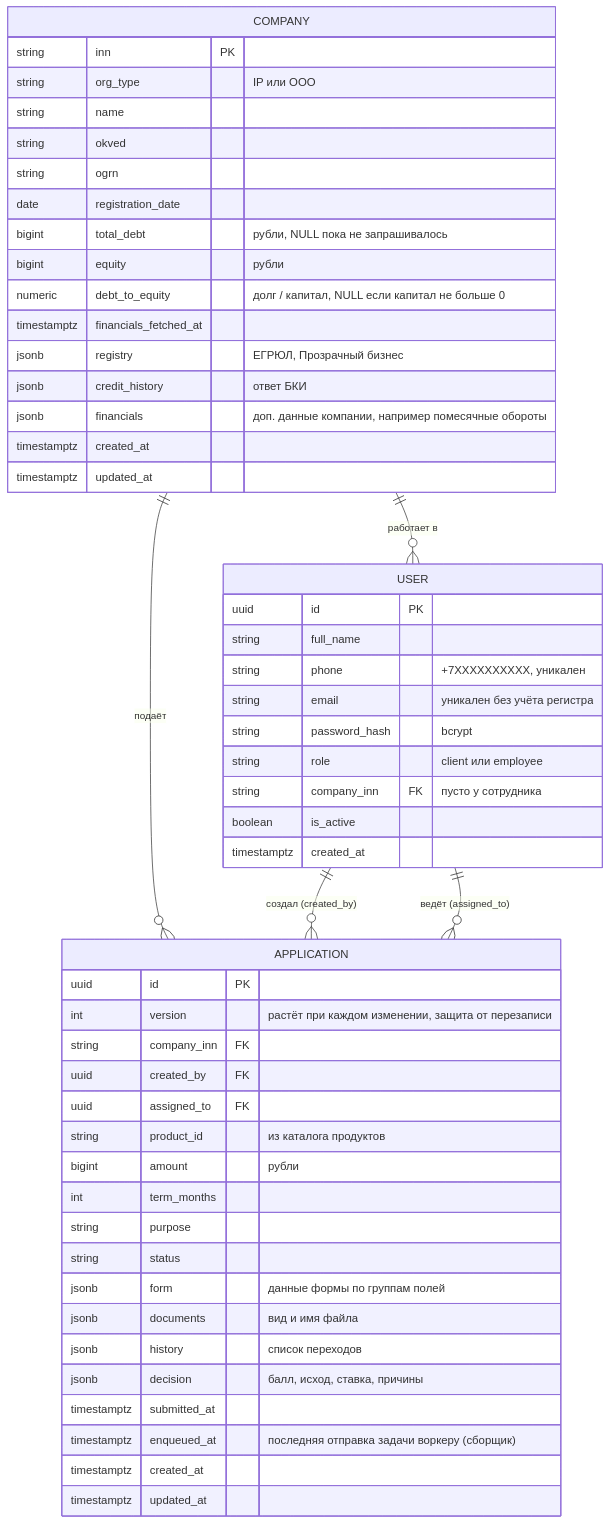
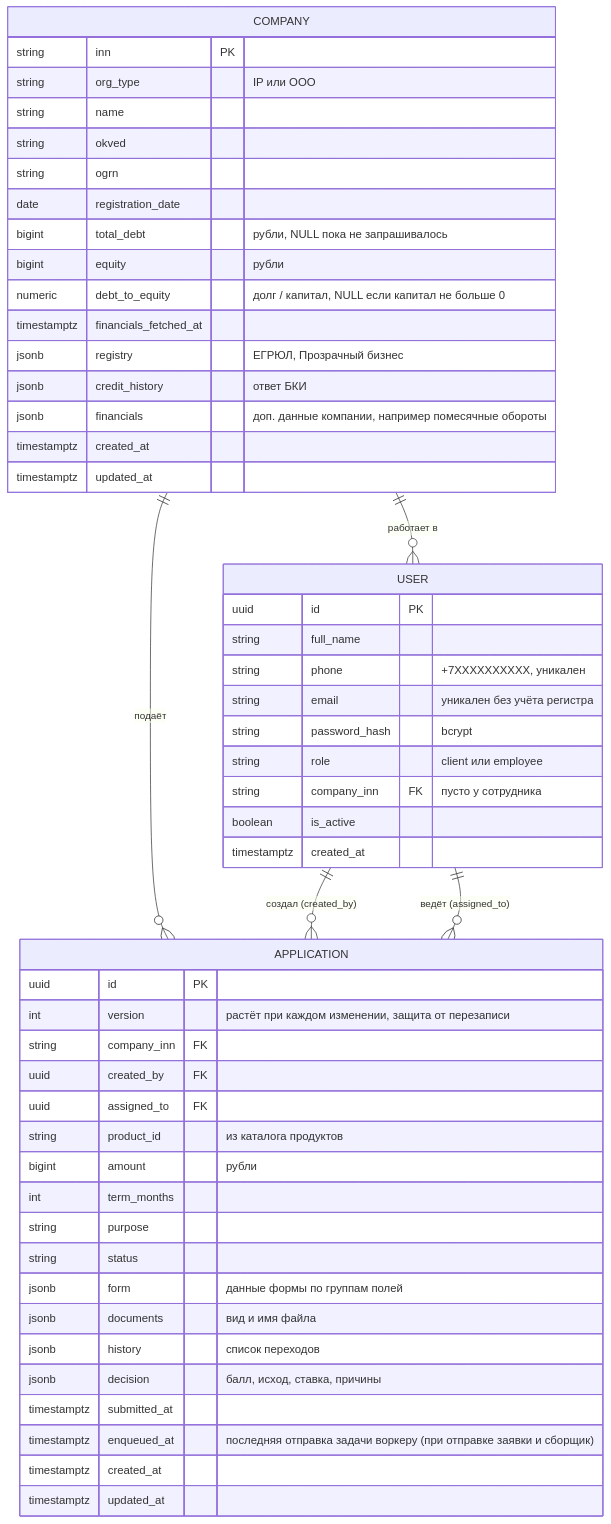
One commit to rudast/alpha-hack-2026 changed the diagram in docs/data-model.md. Above: the diagram before and after it, drawn with Mermaid. The commit also changed other lines of this file and 18 other files, not shown here.

````diff
--- a/docs/data-model.md
+++ b/docs/data-model.md
@@ -7,56 +6,56 @@
 ```mermaid
 erDiagram
     COMPANY ||--o{ USER : "работает в"
     COMPANY ||--o{ APPLICATION : "подаёт"
     USER ||--o{ APPLICATION : "создал (created_by)"
     USER ||--o{ APPLICATION : "ведёт (assigned_to)"
 
     COMPANY {
         string inn PK
         string org_type "IP или OOO"
         string name
         string okved
         string ogrn
         date registration_date
         bigint total_debt "рубли, NULL пока не запрашивалось"
         bigint equity "рубли"
         numeric debt_to_equity "долг / капитал, NULL если капитал не больше 0"
         timestamptz financials_fetched_at
         jsonb registry "ЕГРЮЛ, Прозрачный бизнес"
         jsonb credit_history "ответ БКИ"
         jsonb financials "доп. данные компании, например помесячные обороты"
         timestamptz created_at
         timestamptz updated_at
     }
     USER {
         uuid id PK
         string full_name
         string phone "+7XXXXXXXXXX, уникален"
         string email "уникален без учёта регистра"
         string password_hash "bcrypt"
         string role "client или employee"
         string company_inn FK "пусто у сотрудника"
         boolean is_active
         timestamptz created_at
     }
     APPLICATION {
         uuid id PK
         int version "растёт при каждом изменении, защита от перезаписи"
         string company_inn FK
         uuid created_by FK
         uuid assigned_to FK
         string product_id "из каталога продуктов"
         bigint amount "рубли"
         int term_months
         string purpose
         string status
         jsonb form "данные формы по группам полей"
         jsonb documents "вид и имя файла"
         jsonb history "список переходов"
         jsonb decision "балл, исход, ставка, причины"
         timestamptz submitted_at
-        timestamptz enqueued_at "последняя отправка задачи воркеру (сборщик)"
+        timestamptz enqueued_at "последняя отправка задачи воркеру (при отправке заявки и сборщик)"
         timestamptz created_at
         timestamptz updated_at
     }
 ```
````
